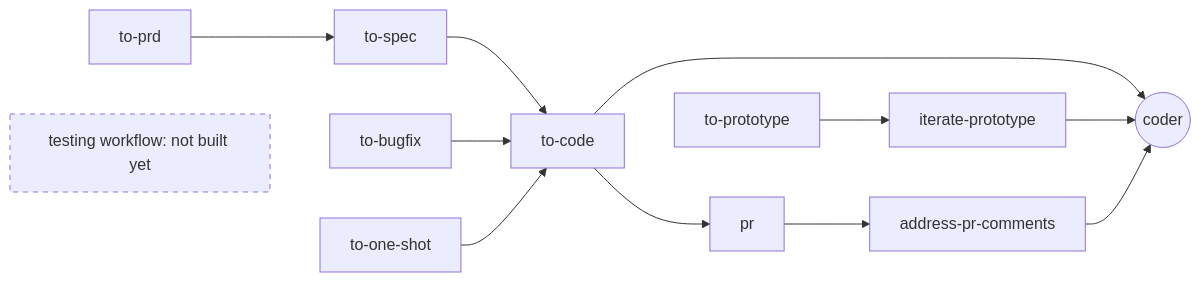
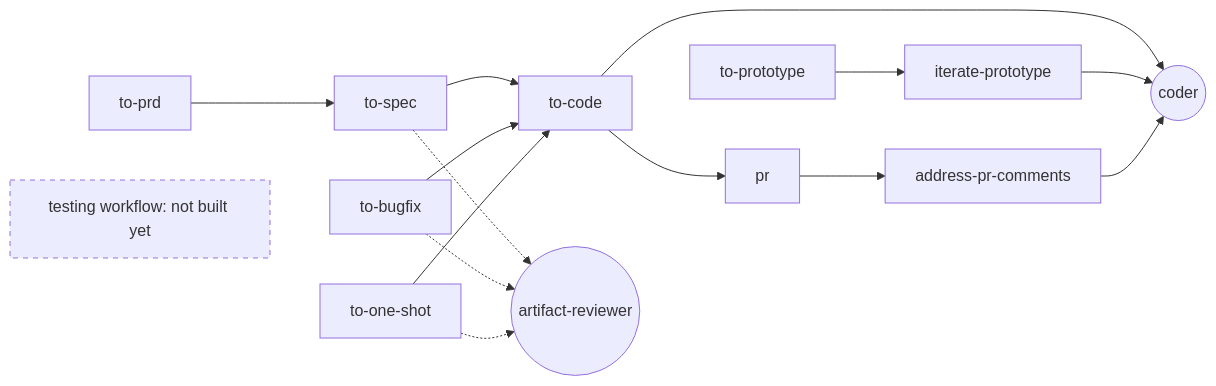
One commit to parthiv13/skills changed the diagram in README.md. Above: the diagram before and after it, drawn with Mermaid. The commit also changed other lines of this file and 17 other files, not shown here.

````diff
--- a/README.md
+++ b/README.md
@@ -23,14 +23,17 @@
 ```mermaid
 flowchart LR
     prd[to-prd] --> spec[to-spec] --> code[to-code]
     bug[to-bugfix] --> code
     code --> pr[pr] --> review[address-pr-comments]
     one[to-one-shot] --> code
     proto[to-prototype] --> iter[iterate-prototype]
     code --> coder((coder))
     iter --> coder
     review --> coder
+    spec -.-> reviewer((artifact-reviewer))
+    bug -.-> reviewer
+    one -.-> reviewer
     test[testing workflow: not built yet]:::todo
 
     classDef todo stroke-dasharray: 5 5
 ```
````
